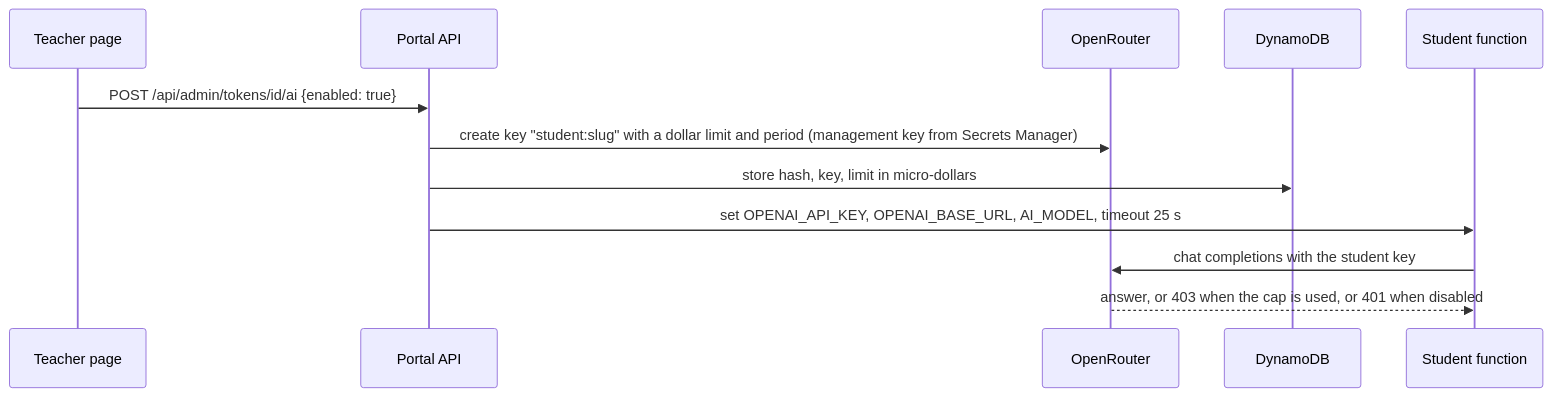
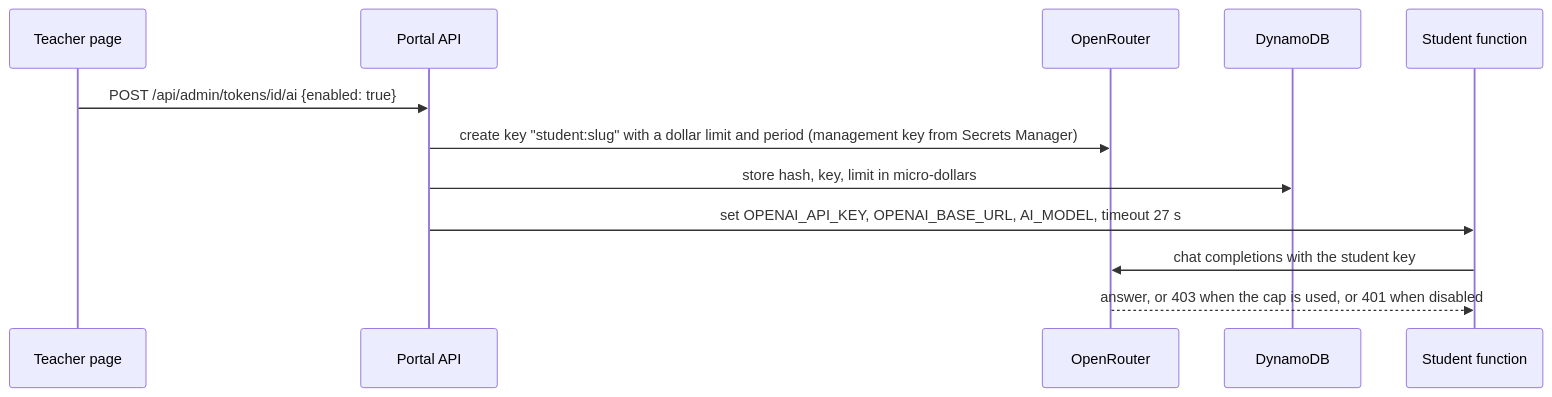
Before and after one commit to abhtft/class-hosting-platform: diagram 12 of 17 in docs/TECHNICAL_SPECIFICATION.md, drawn with Mermaid. The commit also changed other lines of this file and 46 other files, not shown here.

````diff
--- a/docs/TECHNICAL_SPECIFICATION.md
+++ b/docs/TECHNICAL_SPECIFICATION.md
@@ -588,14 +594,14 @@
 ```mermaid
 sequenceDiagram
   participant T as Teacher page
   participant P as Portal API
   participant O as OpenRouter
   participant D as DynamoDB
   participant F as Student function
   T->>P: POST /api/admin/tokens/id/ai {enabled: true}
   P->>O: create key "student:slug" with a dollar limit and period (management key from Secrets Manager)
   P->>D: store hash, key, limit in micro-dollars
-  P->>F: set OPENAI_API_KEY, OPENAI_BASE_URL, AI_MODEL, timeout 25 s
+  P->>F: set OPENAI_API_KEY, OPENAI_BASE_URL, AI_MODEL, timeout 27 s
   F->>O: chat completions with the student key
   O-->>F: answer, or 403 when the cap is used, or 401 when disabled
 ```
````
